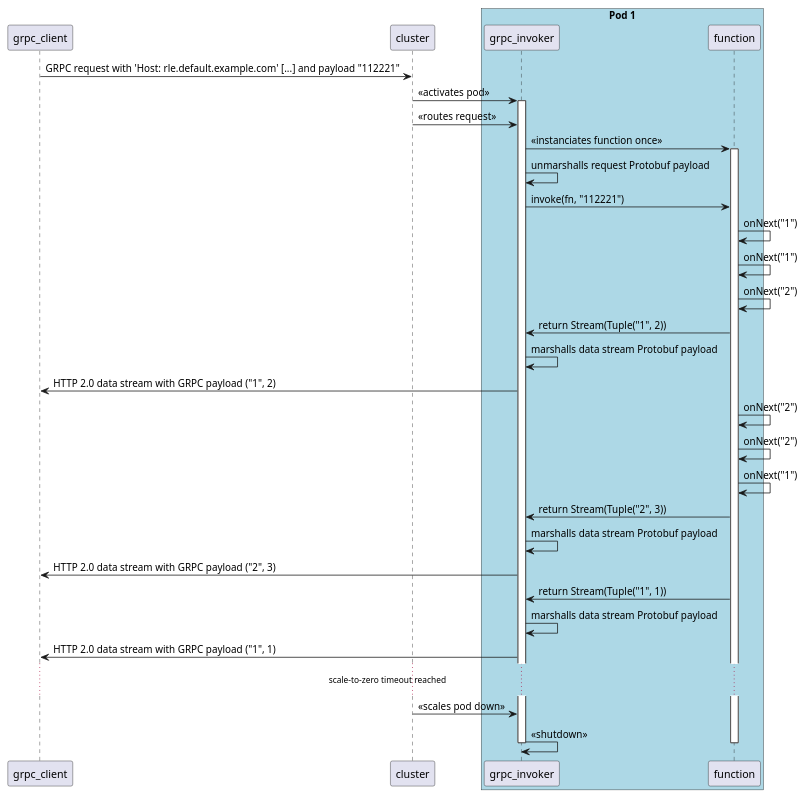
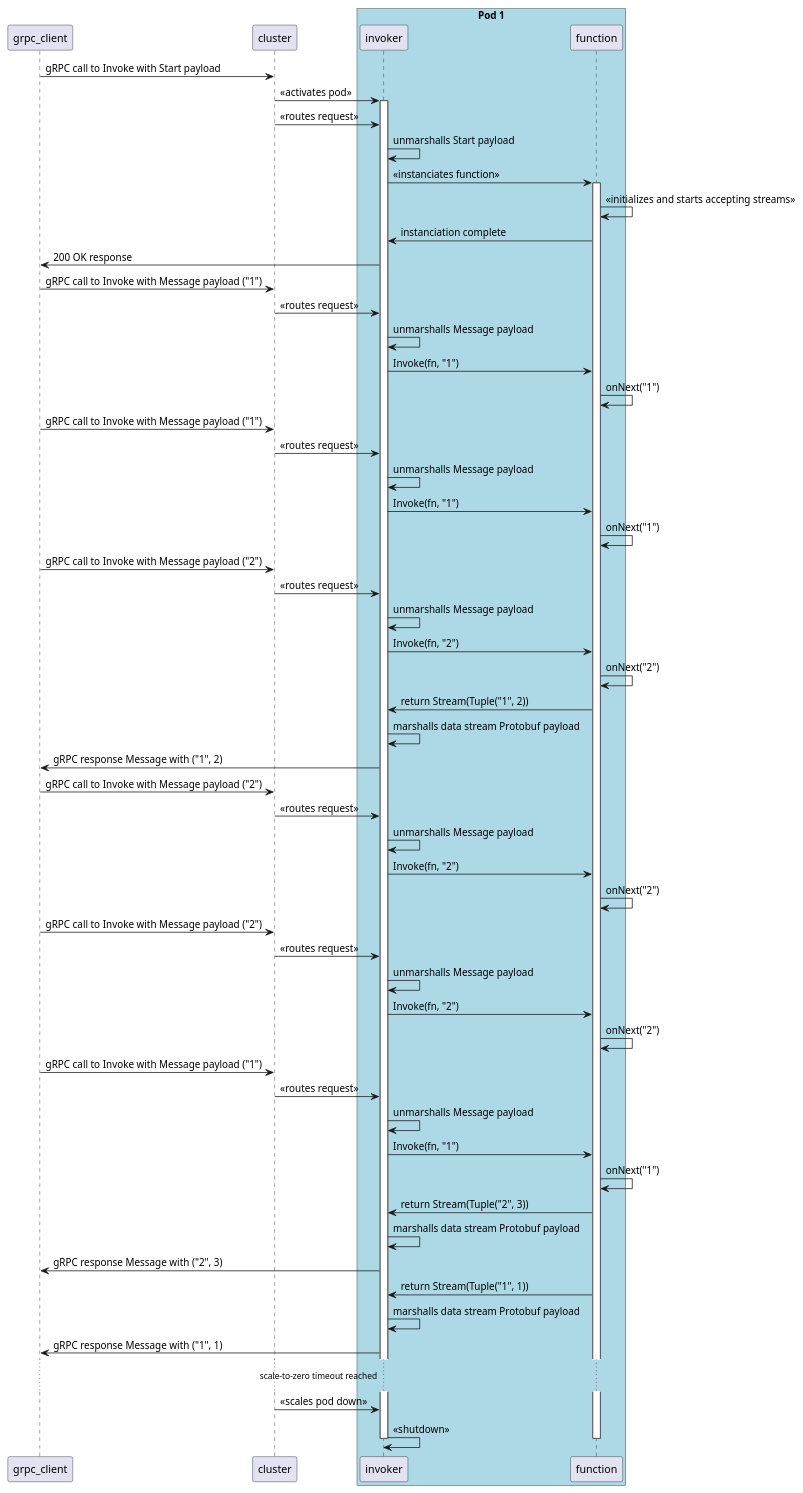
One commit to fbiville/riff-docs changed the second of 2 diagrams in streaming.adoc. Above: the diagram before and after it, drawn with PlantUML. The commit also changed other lines of this file, not shown here.

Commit message:
Attempt to fix sequence of streaming interactions + include .proto

```diff
--- a/streaming.adoc
+++ b/streaming.adoc
@@ -46,39 +71,65 @@
 [plantuml, format="png"]
 ----
 participant grpc_client
 participant cluster
 box "Pod 1" #LightBlue
-	participant grpc_invoker
+	participant invoker
 	participant function
 end box
 
 
-grpc_client -> cluster : GRPC request with 'Host: rle.default.example.com' [...] and payload "112221"
-cluster -> grpc_invoker : << activates pod >>
-activate grpc_invoker
-cluster -> grpc_invoker : << routes request >>
-grpc_invoker -> function : << instanciates function once >>
+grpc_client -> cluster : gRPC call to Invoke with Start payload
+cluster -> invoker : << activates pod >>
+activate invoker
+cluster -> invoker : << routes request >>
+invoker -> invoker : unmarshalls Start payload
+invoker -> function : << instanciates function >>
 activate function
-grpc_invoker -> grpc_invoker : unmarshalls request Protobuf payload
-grpc_invoker -> function : invoke(fn, "112221")
+function -> function : << initializes and starts accepting streams >>
+function -> invoker : instanciation complete
+invoker -> grpc_client : 200 OK response
+grpc_client-> cluster : gRPC call to Invoke with Message payload ("1")
+cluster -> invoker : << routes request >>
+invoker -> invoker : unmarshalls Message payload
+invoker -> function : Invoke(fn, "1")
 function -> function : onNext("1")
+grpc_client-> cluster : gRPC call to Invoke with Message payload ("1")
+cluster -> invoker : << routes request >>
+invoker -> invoker : unmarshalls Message payload
+invoker -> function : Invoke(fn, "1")
 function -> function : onNext("1")
+grpc_client-> cluster : gRPC call to Invoke with Message payload ("2")
+cluster -> invoker : << routes request >>
+invoker -> invoker : unmarshalls Message payload
+invoker -> function : Invoke(fn, "2")
 function -> function : onNext("2")
-function -> grpc_invoker : return Stream(Tuple("1", 2))
-grpc_invoker -> grpc_invoker : marshalls data stream Protobuf payload
-grpc_invoker ->  grpc_client : HTTP 2.0 data stream with GRPC payload ("1", 2)
+function -> invoker : return Stream(Tuple("1", 2))
+invoker -> invoker : marshalls data stream Protobuf payload
+invoker ->  grpc_client : gRPC response Message with ("1", 2)
+grpc_client-> cluster : gRPC call to Invoke with Message payload ("2")
+cluster -> invoker : << routes request >>
+invoker -> invoker : unmarshalls Message payload
+invoker -> function : Invoke(fn, "2")
 function -> function : onNext("2")
+grpc_client-> cluster : gRPC call to Invoke with Message payload ("2")
+cluster -> invoker : << routes request >>
+invoker -> invoker : unmarshalls Message payload
+invoker -> function : Invoke(fn, "2")
 function -> function : onNext("2")
+grpc_client-> cluster : gRPC call to Invoke with Message payload ("1")
+cluster -> invoker : << routes request >>
+invoker -> invoker : unmarshalls Message payload
+invoker -> function : Invoke(fn, "1")
 function -> function : onNext("1")
-function -> grpc_invoker : return Stream(Tuple("2", 3))
-grpc_invoker -> grpc_invoker : marshalls data stream Protobuf payload
-grpc_invoker ->  grpc_client : HTTP 2.0 data stream with GRPC payload ("2", 3)
-function -> grpc_invoker : return Stream(Tuple("1", 1))
-grpc_invoker -> grpc_invoker : marshalls data stream Protobuf payload
-grpc_invoker ->  grpc_client : HTTP 2.0 data stream with GRPC payload ("1", 1)
+function -> invoker : return Stream(Tuple("2", 3))
+invoker -> invoker : marshalls data stream Protobuf payload
+invoker ->  grpc_client : gRPC response Message with ("2", 3)
+function -> invoker : return Stream(Tuple("1", 1))
+invoker -> invoker : marshalls data stream Protobuf payload
+invoker ->  grpc_client : gRPC response Message with ("1", 1)
 ...scale-to-zero timeout reached...
-cluster -> grpc_invoker : <<scales pod down>>
-grpc_invoker -> grpc_invoker : << shutdown >>
+cluster -> invoker : <<scales pod down>>
+invoker -> invoker : << shutdown >>
 deactivate function
-deactivate grpc_invoker
+deactivate invoker
 ----
```
